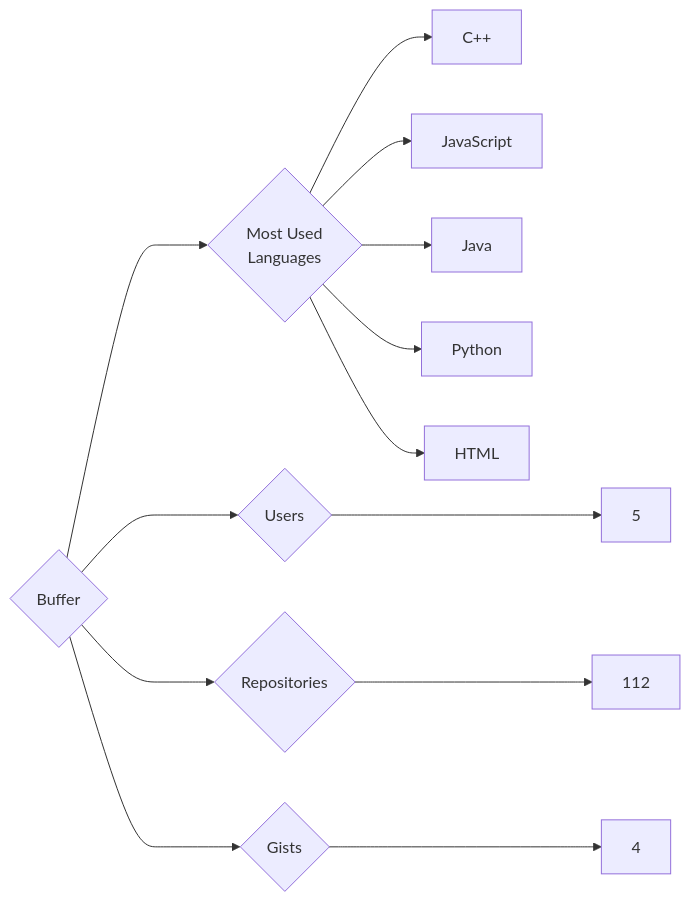
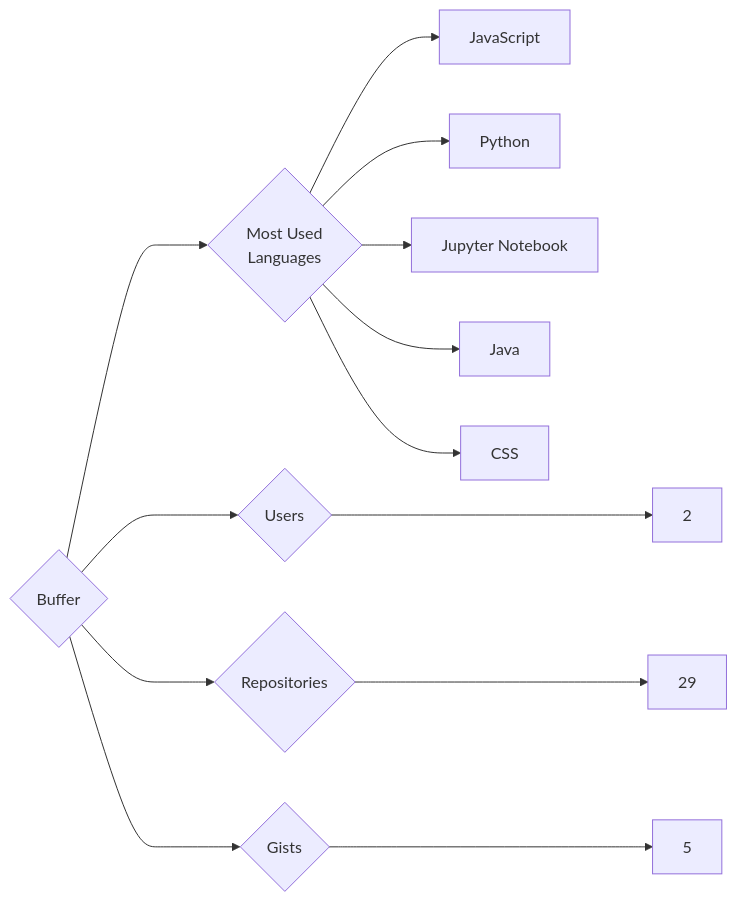
Before and after one commit to trickest/insiders: the diagram in targets/Buffer/README.md, drawn with Mermaid. The commit also changed 1084 other files, not shown here.

````diff
--- a/targets/Buffer/README.md
+++ b/targets/Buffer/README.md
@@ -3,13 +3,13 @@
 ```mermaid
 graph LR
 COMPANY_NAME{Buffer}
-COMPANY_NAME ---> U{Users} ---> UN[5]
-COMPANY_NAME ---> R{Repositories} ---> RN[112]
-COMPANY_NAME ---> G{Gists} ---> GN[4]
+COMPANY_NAME ---> U{Users} ---> UN[2]
+COMPANY_NAME ---> R{Repositories} ---> RN[29]
+COMPANY_NAME ---> G{Gists} ---> GN[5]
 COMPANY_NAME ---> ML{Most Used<br>Languages}
-ML --> C++[C++]
 ML --> JavaScript[JavaScript]
+ML --> Python[Python]
+ML --> Jupyter_Notebook[Jupyter Notebook]
 ML --> Java[Java]
-ML --> Python[Python]
-ML --> HTML[HTML]
+ML --> CSS[CSS]
 ```
````
